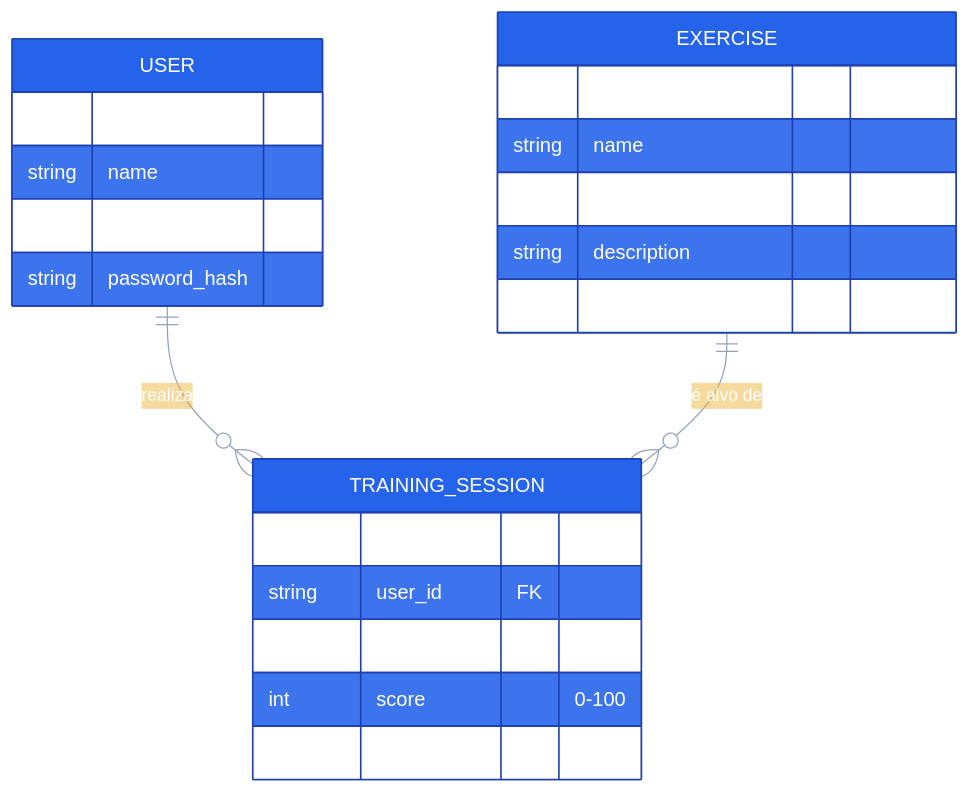
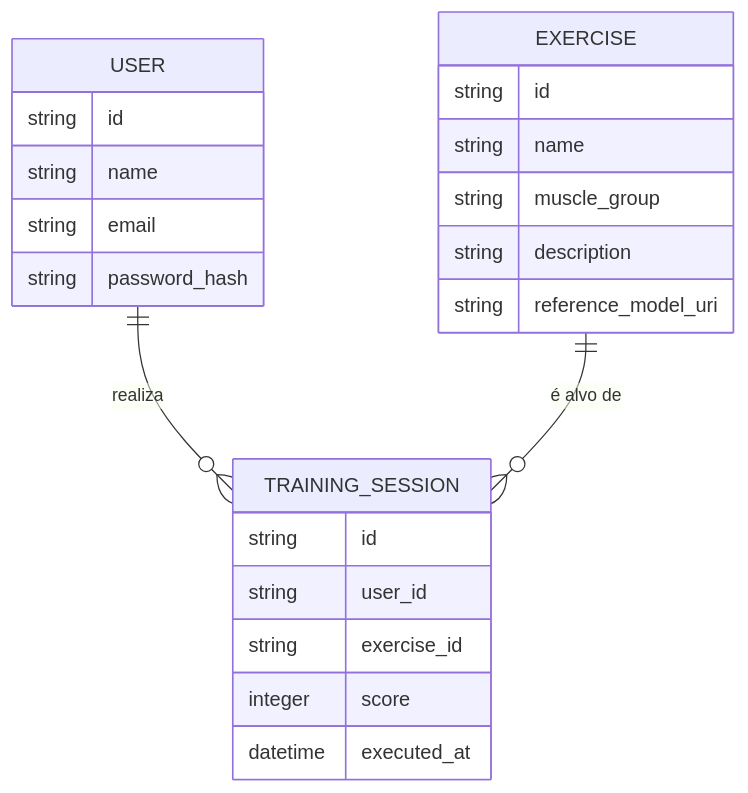
Diagram 15 of 22 in README.pt-BR.md (VictorHJesusSantiago/Gym_execution), drawn with Mermaid before and after one commit. The commit also changed other lines of this file and 2 other files, not shown here.

````diff
--- a/README.pt-BR.md
+++ b/README.pt-BR.md
@@ -168,27 +732,25 @@
 ```mermaid
-%%{init: {'theme':'base', 'themeVariables': {'primaryColor':'#2563EB','primaryTextColor':'#fff','primaryBorderColor':'#1E40AF','lineColor':'#94A3B8'}}}%%
 erDiagram
-    USER ||--o{ TRAINING_SESSION : realiza
-    EXERCISE ||--o{ TRAINING_SESSION : "é alvo de"
-
     USER {
-        string id PK
+        string id
         string name
-        string email UK
+        string email
         string password_hash
     }
     EXERCISE {
-        string id PK
+        string id
         string name
         string muscle_group
         string description
-        string reference_model_uri "opcional"
+        string reference_model_uri
     }
     TRAINING_SESSION {
-        string id PK
-        string user_id FK
-        string exercise_id FK
-        int score "0-100"
+        string id
+        string user_id
+        string exercise_id
+        integer score
         datetime executed_at
     }
+    USER ||--o{ TRAINING_SESSION : realiza
+    EXERCISE ||--o{ TRAINING_SESSION : "é alvo de"
 ```
````
